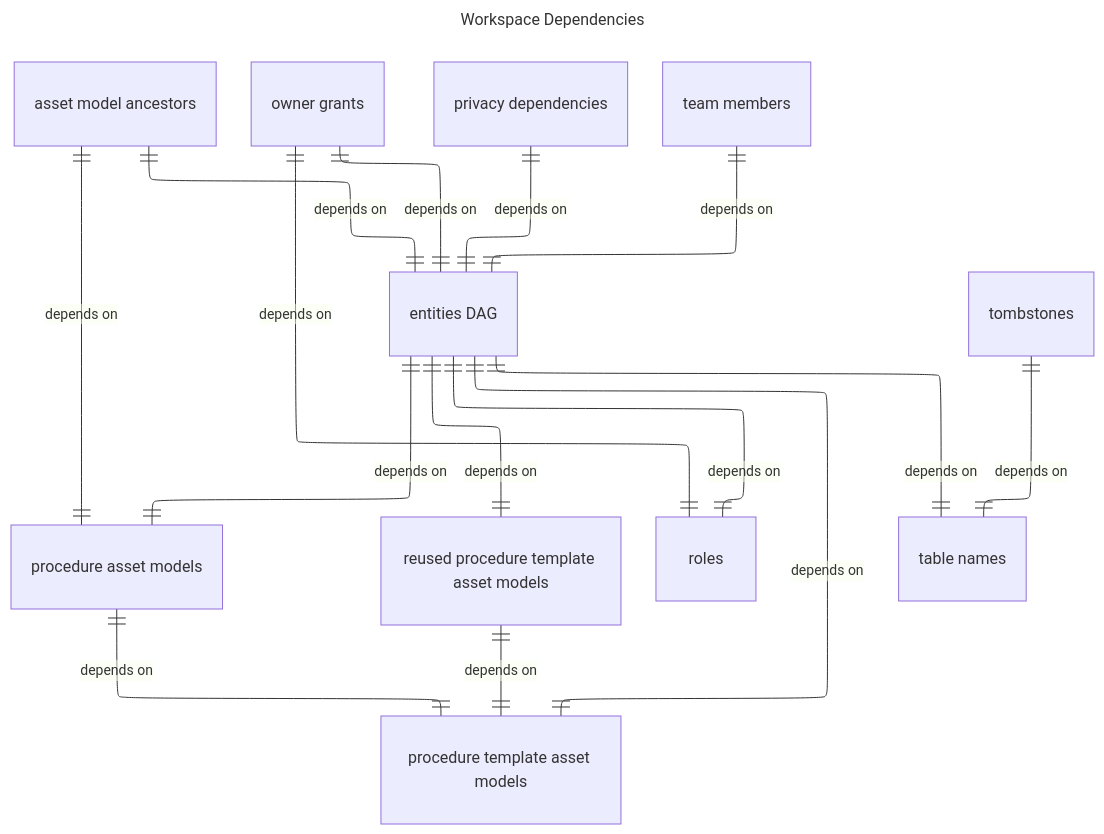
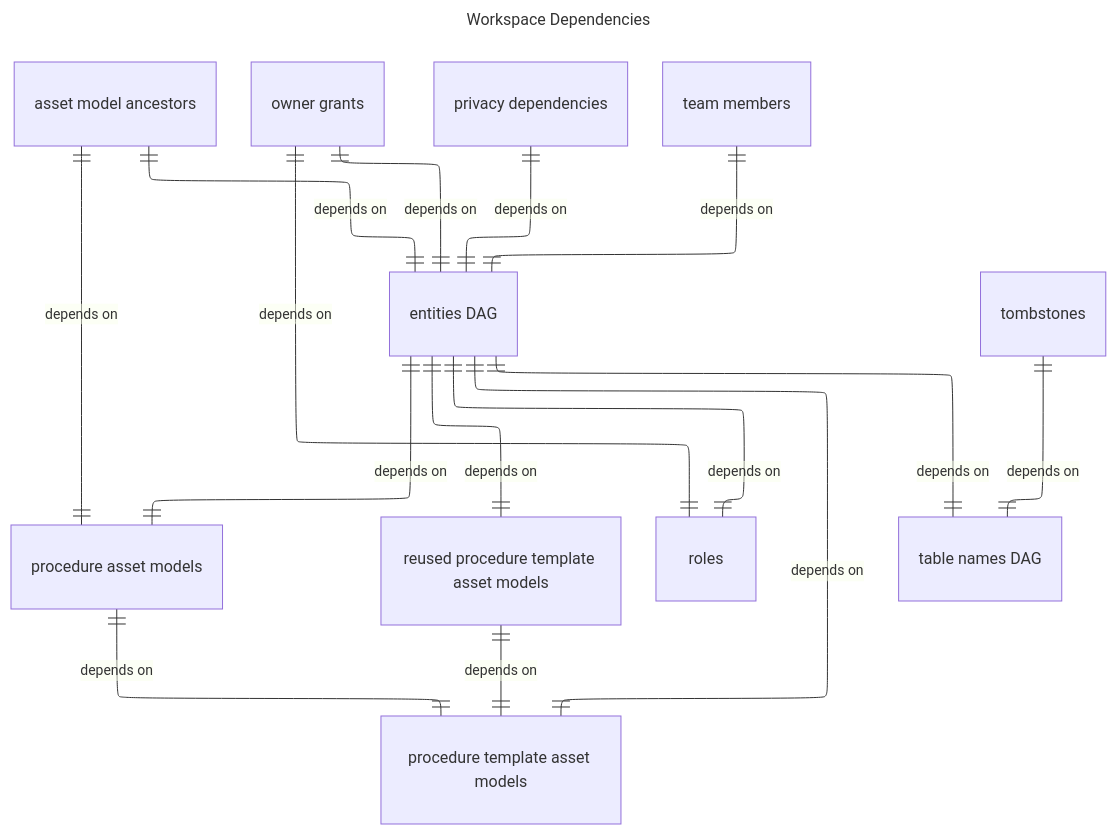
The diagram in builder/workspace_dependencies.mmd (earth-metabolome-initiative/asset-procedure-schema), drawn with Mermaid before and after one commit. The commit also changed 31 other files, not shown here.

```diff
--- a/builder/workspace_dependencies.mmd
+++ b/builder/workspace_dependencies.mmd
@@ -1,34 +1,34 @@
 ---
 config:
   layout: elk
   theme: default
   look: classic
 title: Workspace Dependencies
 ---
 erDiagram
   direction TB
   v3["asset model ancestors"]
-  v57["entities DAG"]
-  v82["owner grants"]
-  v103["privacy dependencies"]
-  v104["procedure asset models"]
-  v105["procedure template asset models"]
-  v108["reused procedure template asset models"]
-  v109["roles"]
-  v118["table names"]
-  v119["team members"]
-  v121["tombstones"]
-  v57 ||--|| v105 : "depends on"
-  v57 ||--|| v108 : "depends on"
-  v57 ||--|| v104 : "depends on"
-  v3 ||--|| v57 : "depends on"
-  v57 ||--|| v109 : "depends on"
-  v57 ||--|| v118 : "depends on"
-  v82 ||--|| v57 : "depends on"
-  v82 ||--|| v109 : "depends on"
-  v103 ||--|| v57 : "depends on"
-  v104 ||--|| v3 : "depends on"
-  v104 ||--|| v105 : "depends on"
-  v108 ||--|| v105 : "depends on"
-  v119 ||--|| v57 : "depends on"
-  v121 ||--|| v118 : "depends on"
+  v58["entities DAG"]
+  v87["owner grants"]
+  v108["privacy dependencies"]
+  v109["procedure asset models"]
+  v110["procedure template asset models"]
+  v113["reused procedure template asset models"]
+  v114["roles"]
+  v123["table names DAG"]
+  v126["team members"]
+  v128["tombstones"]
+  v58 ||--|| v110 : "depends on"
+  v58 ||--|| v113 : "depends on"
+  v58 ||--|| v109 : "depends on"
+  v3 ||--|| v58 : "depends on"
+  v58 ||--|| v114 : "depends on"
+  v58 ||--|| v123 : "depends on"
+  v87 ||--|| v58 : "depends on"
+  v87 ||--|| v114 : "depends on"
+  v108 ||--|| v58 : "depends on"
+  v109 ||--|| v3 : "depends on"
+  v109 ||--|| v110 : "depends on"
+  v113 ||--|| v110 : "depends on"
+  v126 ||--|| v58 : "depends on"
+  v128 ||--|| v123 : "depends on"
```
